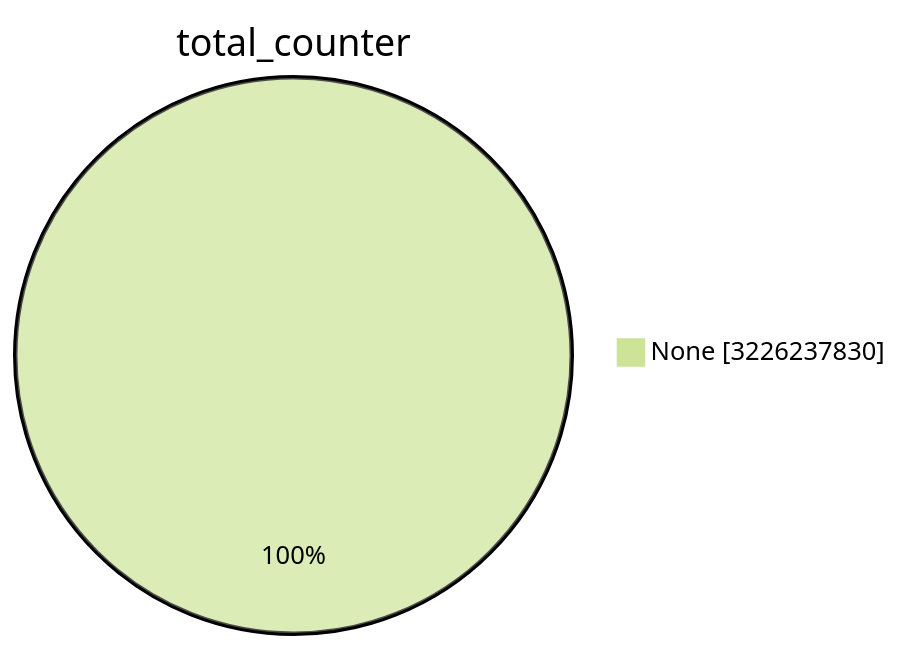
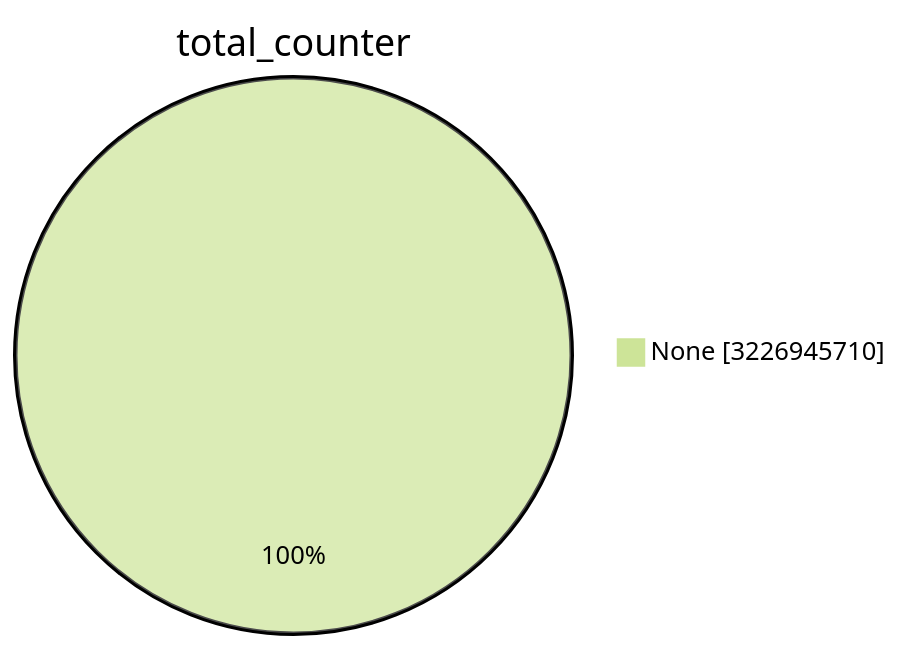
One commit to christiankrug/ctmonitor_visualization changed the first of 15 diagrams in TOTAL/README.md. Above: the diagram before and after it, drawn with Mermaid (forest theme). The commit also changed other lines of this file, not shown here.

````diff
--- a/TOTAL/README.md
+++ b/TOTAL/README.md
@@ -1,5 +1,5 @@
 ```mermaid
 pie showData
 title total_counter
-"None" :3226237830
+"None" :3226945710
 ```
````
